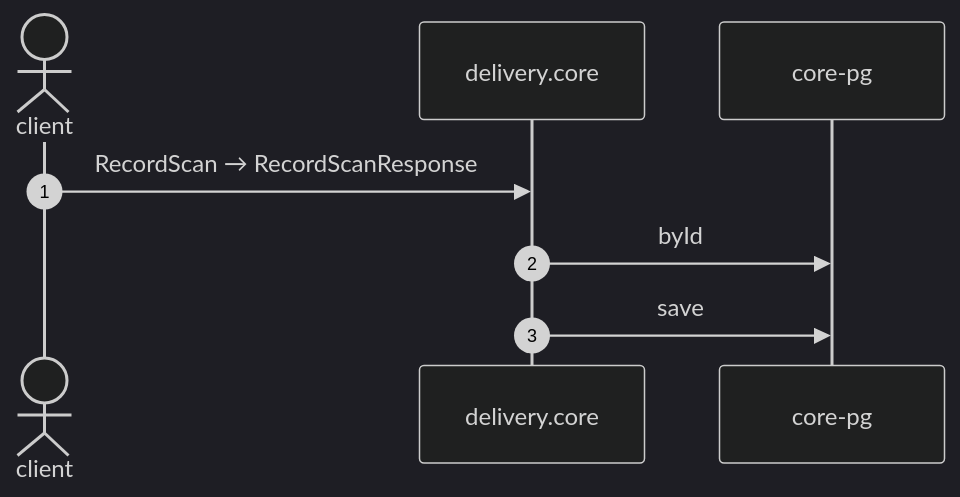
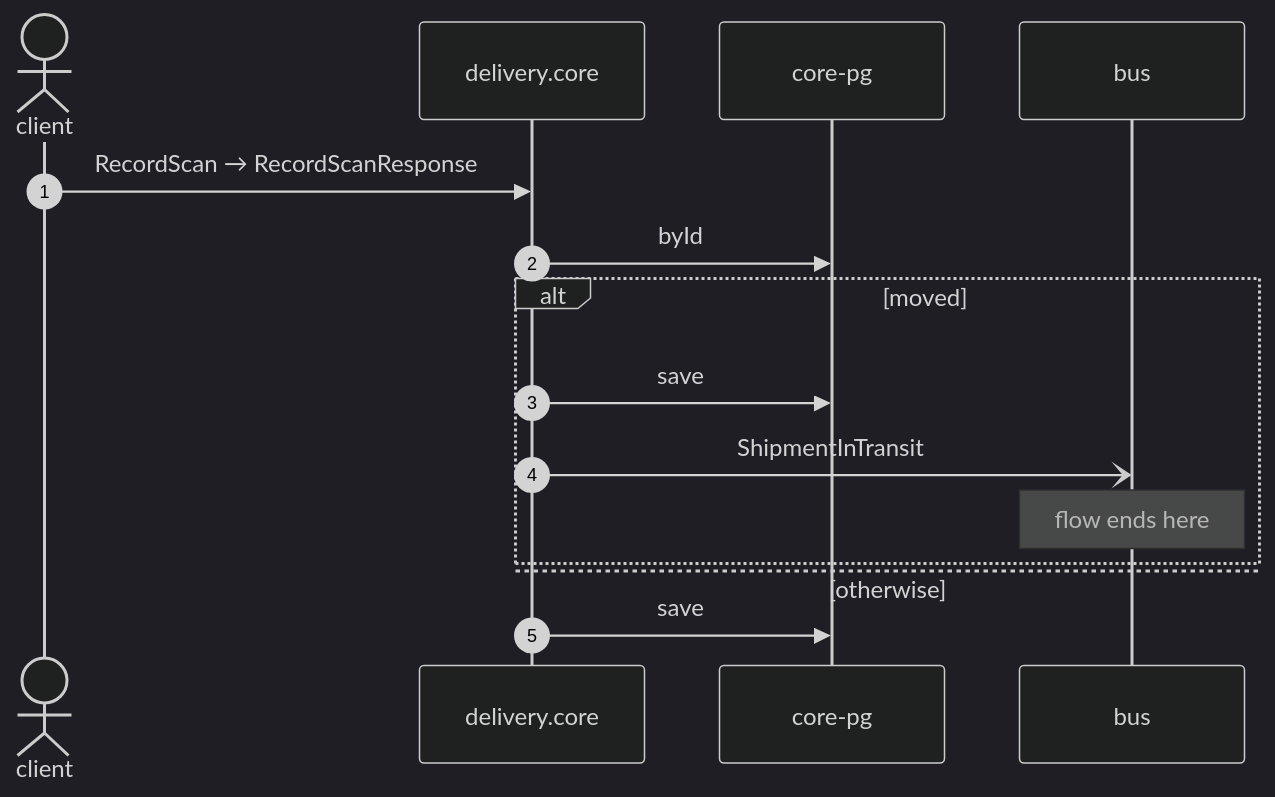
One commit to shortlink-org/portolan changed the diagram in docs/flows/core-record-scan.md. Above: the diagram before and after it, drawn with Mermaid (dark theme). The commit also changed other lines of this file and 171 other files, not shown here.

````diff
--- a/docs/flows/core-record-scan.md
+++ b/docs/flows/core-record-scan.md
@@ -21,10 +22,17 @@
 ```mermaid
 sequenceDiagram
     autonumber
     actor p0 as client
     participant p1 as delivery.core
     participant p2 as core-pg
+    participant p3 as bus
     p0->>p1: RecordScan → RecordScanResponse
     p1->>p2: byId
+    alt moved
+        p1->>p2: save
+        p1-)p3: ShipmentInTransit
+        Note over p3: flow ends here
+    else otherwise
+    end
     p1->>p2: save
 ```
````
